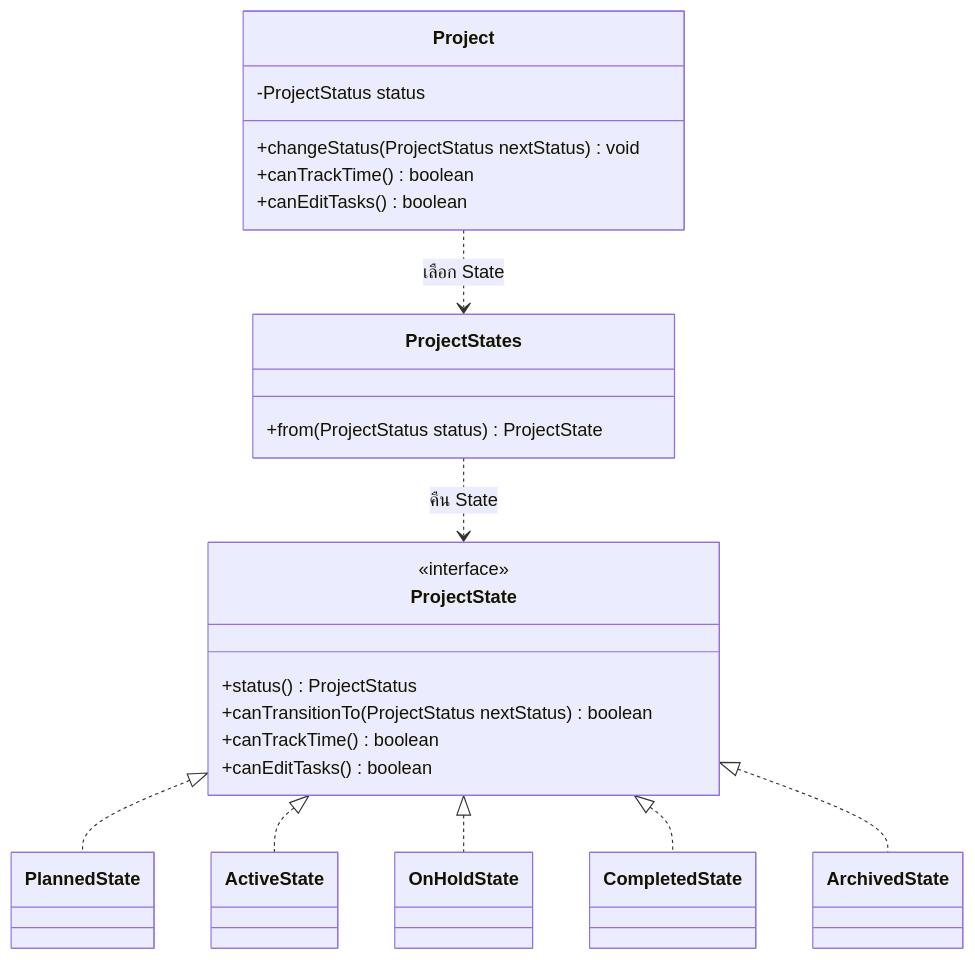
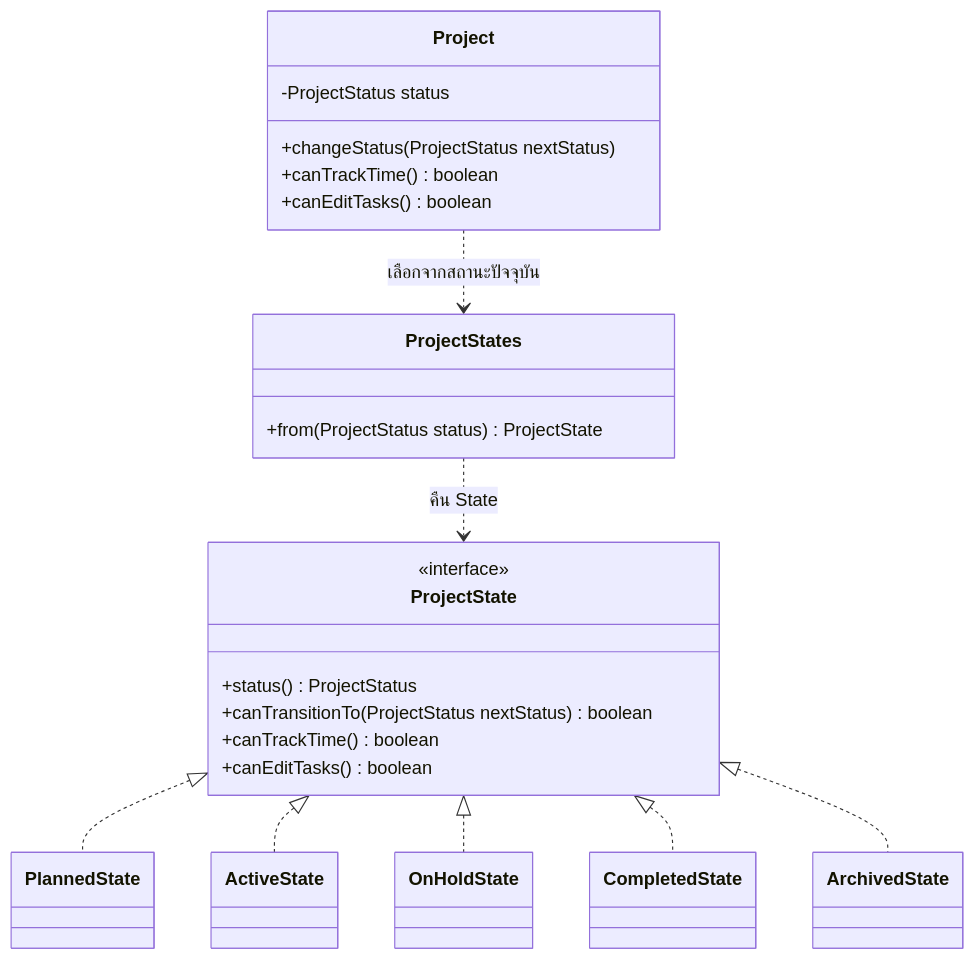
The first of 2 diagrams in doc/V1/DESIGN/kantavit-design.md (lillianxhub/freelance-hub), drawn with Mermaid before and after one commit. The commit also changed other lines of this file and 2 other files, not shown here.

````diff
--- a/doc/V1/DESIGN/kantavit-design.md
+++ b/doc/V1/DESIGN/kantavit-design.md
@@ -15,32 +16,31 @@
 ```mermaid
 classDiagram
     class Project {
         -ProjectStatus status
-        +changeStatus(ProjectStatus nextStatus) void
+        +changeStatus(ProjectStatus nextStatus)
         +canTrackTime() boolean
         +canEditTasks() boolean
     }
     class ProjectStates {
         +from(ProjectStatus status) ProjectState
     }
     class ProjectState {
         <<interface>>
         +status() ProjectStatus
         +canTransitionTo(ProjectStatus nextStatus) boolean
         +canTrackTime() boolean
         +canEditTasks() boolean
     }
     class PlannedState
     class ActiveState
     class OnHoldState
     class CompletedState
     class ArchivedState
-
-    Project ..> ProjectStates : เลือก State
+    Project ..> ProjectStates : เลือกจากสถานะปัจจุบัน
     ProjectStates ..> ProjectState : คืน State
     ProjectState <|.. PlannedState
     ProjectState <|.. ActiveState
     ProjectState <|.. OnHoldState
     ProjectState <|.. CompletedState
     ProjectState <|.. ArchivedState
 ```
````
